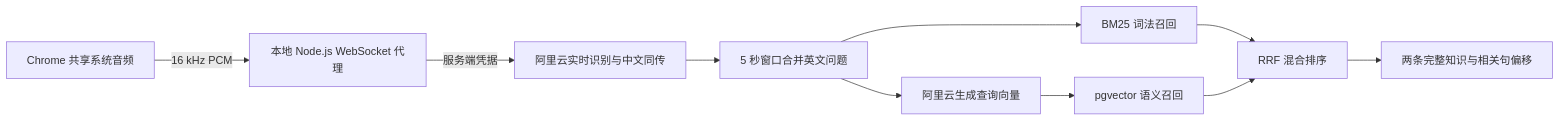
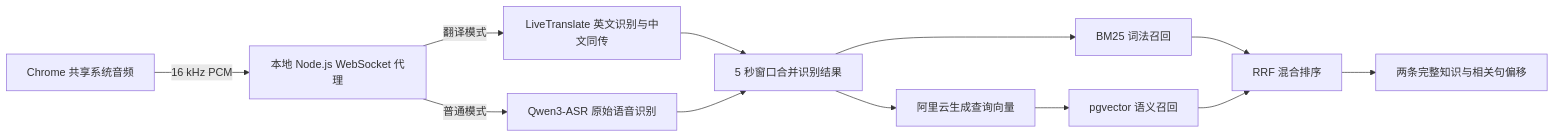
One commit to candy-Tong/interview-knowledge-radar changed the diagram in README.md. Above: the diagram before and after it, drawn with Mermaid. The commit also changed other lines of this file and 21 other files, not shown here.

````diff
--- a/README.md
+++ b/README.md
@@ -18,12 +19,14 @@
 ```mermaid
 flowchart LR
   A[Chrome 共享系统音频] -->|16 kHz PCM| B[本地 Node.js WebSocket 代理]
-  B -->|服务端凭据| C[阿里云实时识别与中文同传]
-  C --> D[5 秒窗口合并英文问题]
+  B -->|翻译模式| C[LiveTranslate 英文识别与中文同传]
+  B -->|普通模式| J[Qwen3-ASR 原始语音识别]
+  C --> D[5 秒窗口合并识别结果]
+  J --> D
   D --> E[BM25 词法召回]
   D --> F[阿里云生成查询向量]
   F --> G[pgvector 语义召回]
   E --> H[RRF 混合排序]
   G --> H
   H --> I[两条完整知识与相关句偏移]
 ```
````
